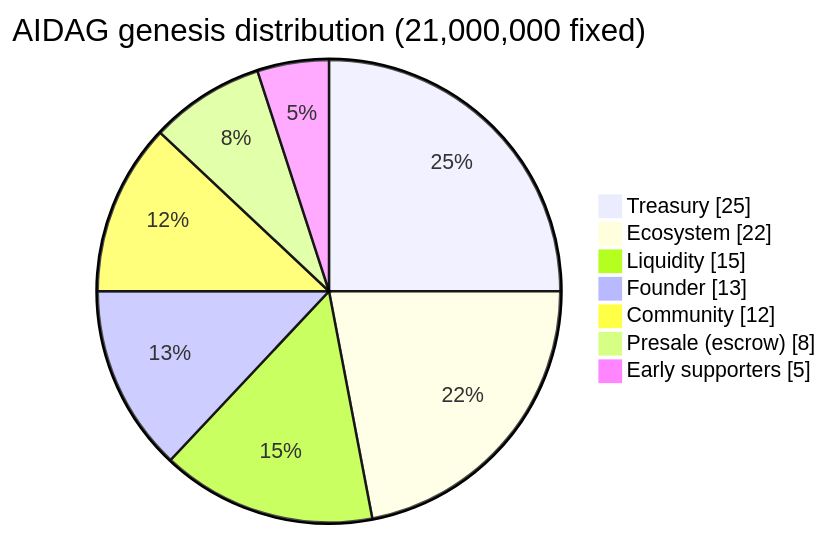
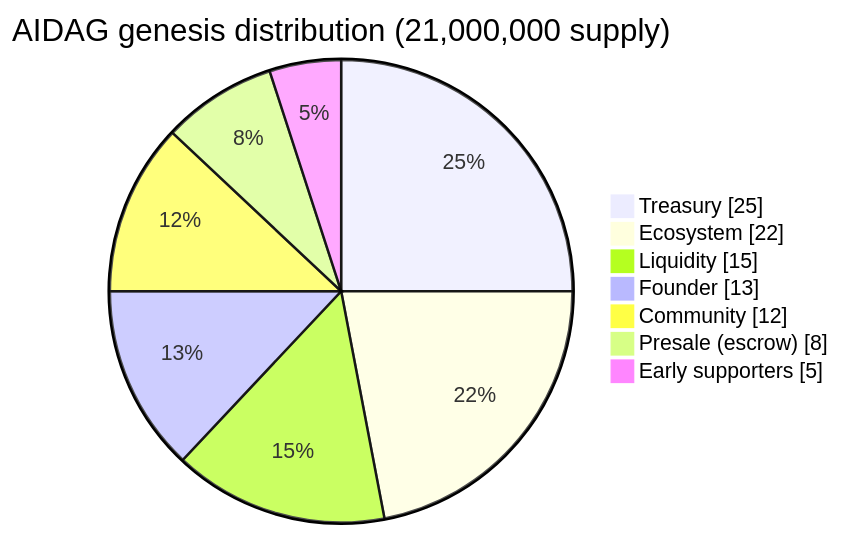
Before and after one commit to DeepSea3474/aidag-chain-engine: the fourth of 4 diagrams in README.md, drawn with Mermaid. The commit also changed other lines of this file and 16 other files, not shown here.

````diff
--- a/README.md
+++ b/README.md
@@ -114,11 +114,11 @@
 ```mermaid
 pie showData
-    title AIDAG genesis distribution (21,000,000 fixed)
+    title AIDAG genesis distribution (21,000,000 supply)
     "Treasury" : 25
     "Ecosystem" : 22
     "Liquidity" : 15
     "Founder" : 13
     "Community" : 12
     "Presale (escrow)" : 8
     "Early supporters" : 5
 ```
````
